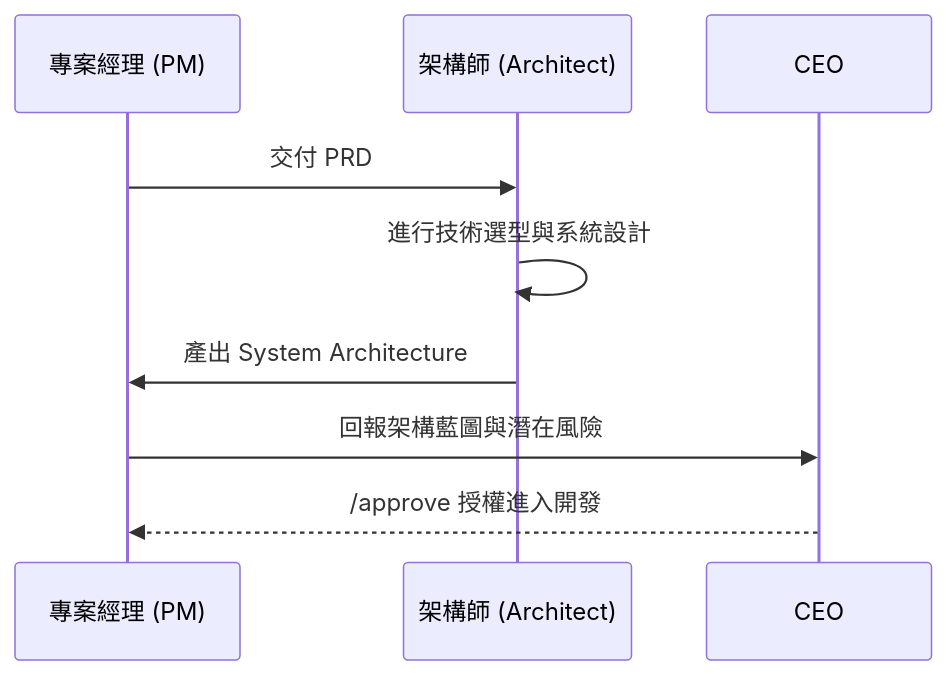
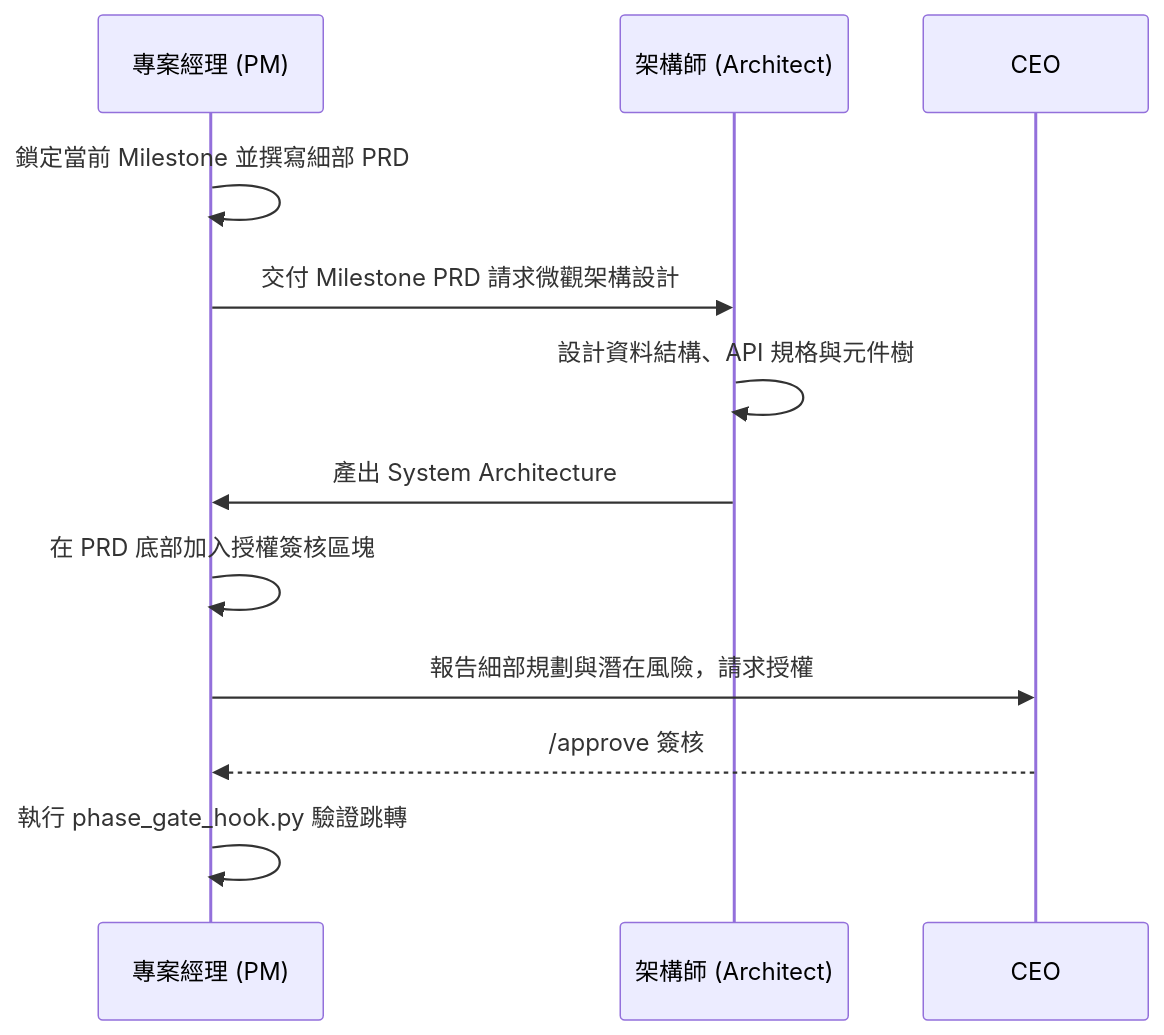
The second of 7 diagrams in README.md (vip3310495-Johnny/Johnny-project-team-plugin), drawn with Mermaid before and after one commit. The commit also changed other lines of this file, not shown here.

Commit message:
docs: Detail Phase 1 and Phase 2 flowcharts based on SOP

````diff
--- a/README.md
+++ b/README.md
@@ -109,11 +109,15 @@
 ```mermaid
 sequenceDiagram
     participant PM as 專案經理 (PM)
     participant Arch as 架構師 (Architect)
     participant CEO
-    PM->>Arch: 交付 PRD
-    Arch->>Arch: 進行技術選型與系統設計
+    
+    PM->>PM: 鎖定當前 Milestone 並撰寫細部 PRD
+    PM->>Arch: 交付 Milestone PRD 請求微觀架構設計
+    Arch->>Arch: 設計資料結構、API 規格與元件樹
     Arch->>PM: 產出 System Architecture
-    PM->>CEO: 回報架構藍圖與潛在風險
-    CEO-->>PM: /approve 授權進入開發
+    PM->>PM: 在 PRD 底部加入授權簽核區塊
+    PM->>CEO: 報告細部規劃與潛在風險，請求授權
+    CEO-->>PM: /approve 簽核
+    PM->>PM: 執行 phase_gate_hook.py 驗證跳轉
 ```
````
